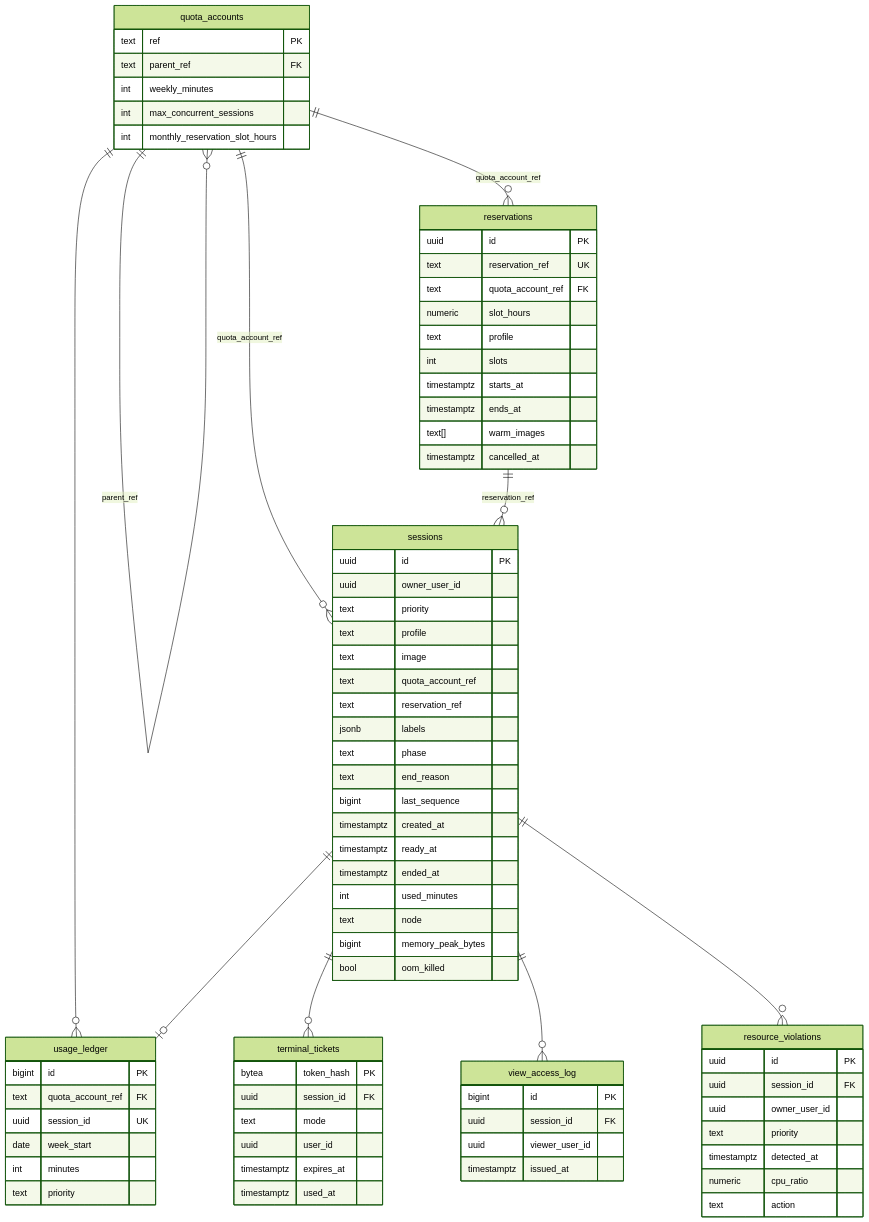
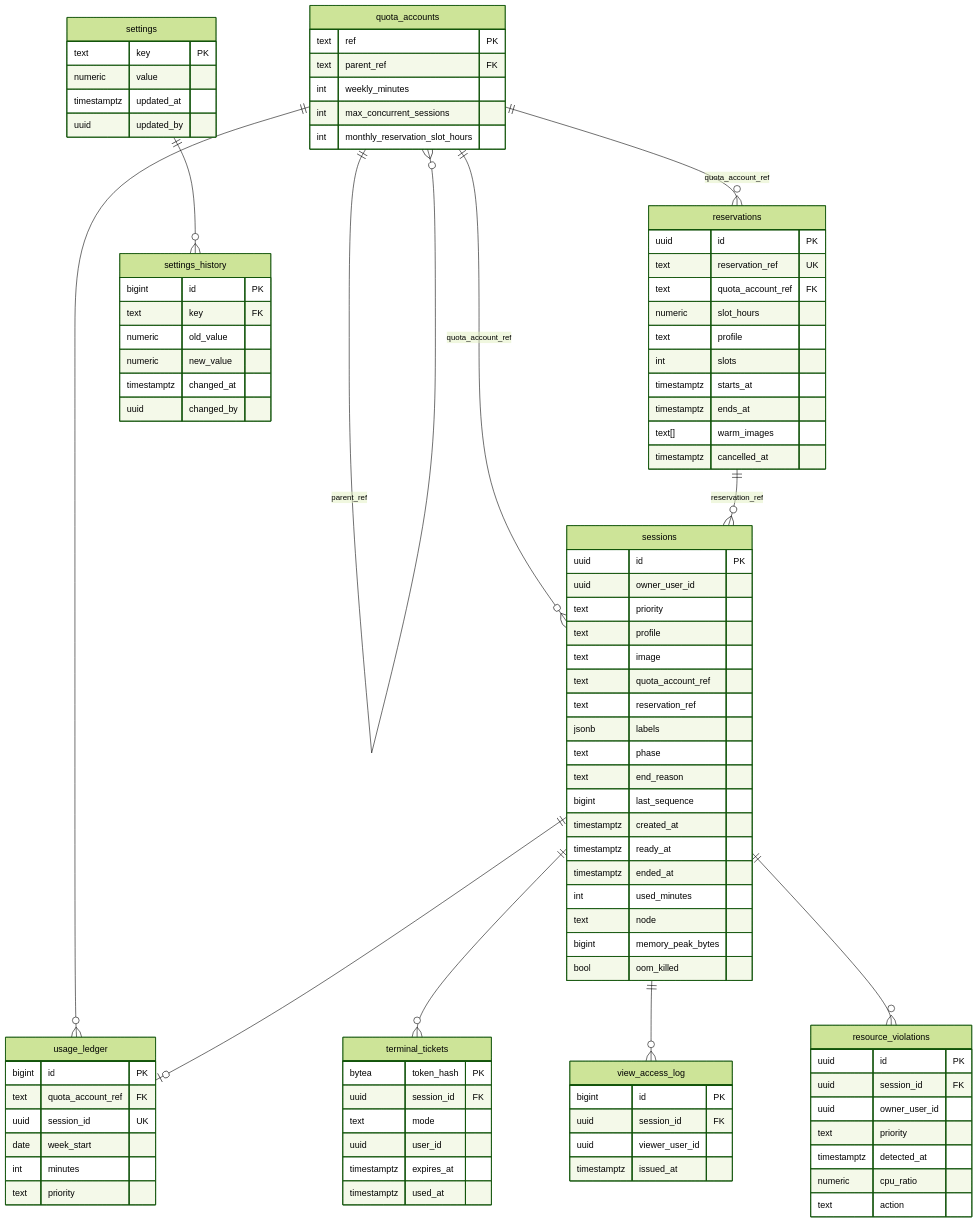
The second of 2 diagrams in docs/modules/m1-runtime.md (NhatMinh0311/Crucible), drawn with Mermaid (forest theme) before and after one commit. The commit also changed other lines of this file and 5 other files, not shown here.

````diff
--- a/docs/modules/m1-runtime.md
+++ b/docs/modules/m1-runtime.md
@@ -199,6 +200,7 @@
     sessions ||--o{ view_access_log : ""
     sessions ||--o{ resource_violations : ""
     reservations ||--o{ sessions : "reservation_ref"
+    settings ||--o{ settings_history : ""
 
     sessions {
         uuid id PK
@@ -270,4 +272,18 @@
         numeric cpu_ratio
         text action
     }
+    settings {
+        text key PK
+        numeric value
+        timestamptz updated_at
+        uuid updated_by
+    }
+    settings_history {
+        bigint id PK
+        text key FK
+        numeric old_value
+        numeric new_value
+        timestamptz changed_at
+        uuid changed_by
+    }
 ```
````
